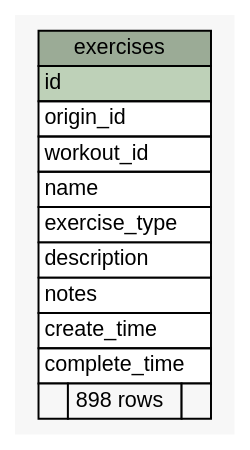
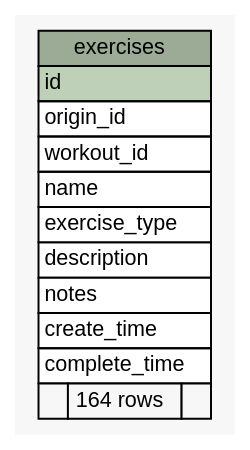
Before and after one commit to btv/DED_backend: the diagram in dbDocs/diagrams/summary/exercises.1degree.dot, drawn with Graphviz. The commit also changed 32 other files, not shown here.

```diff
--- a/dbDocs/diagrams/summary/exercises.1degree.dot
+++ b/dbDocs/diagrams/summary/exercises.1degree.dot
@@ -1,38 +1,38 @@
 // dot 2.42.3 on Mac OS X 10.15.4
 // SchemaSpy rev 590
 digraph "exercises" {
   graph [
     rankdir="RL"
     bgcolor="#f7f7f7"
     nodesep="0.18"
     ranksep="0.46"
     fontname="Helvetica"
     fontsize="11"
   ];
   node [
     fontname="Helvetica"
     fontsize="11"
     shape="plaintext"
   ];
   edge [
     arrowsize="0.8"
   ];
   "exercises" [
     label=<
     <TABLE BORDER="0" CELLBORDER="1" CELLSPACING="0" BGCOLOR="#ffffff">
       <TR><TD COLSPAN="3" BGCOLOR="#9bab96" ALIGN="CENTER">exercises</TD></TR>
       <TR><TD PORT="id" COLSPAN="3" BGCOLOR="#bed1b8" ALIGN="LEFT">id</TD></TR>
       <TR><TD PORT="origin_id" COLSPAN="3" ALIGN="LEFT">origin_id</TD></TR>
       <TR><TD PORT="workout_id" COLSPAN="3" ALIGN="LEFT">workout_id</TD></TR>
       <TR><TD PORT="name" COLSPAN="3" ALIGN="LEFT">name</TD></TR>
       <TR><TD PORT="exercise_type" COLSPAN="3" ALIGN="LEFT">exercise_type</TD></TR>
       <TR><TD PORT="description" COLSPAN="3" ALIGN="LEFT">description</TD></TR>
       <TR><TD PORT="notes" COLSPAN="3" ALIGN="LEFT">notes</TD></TR>
       <TR><TD PORT="create_time" COLSPAN="3" ALIGN="LEFT">create_time</TD></TR>
       <TR><TD PORT="complete_time" COLSPAN="3" ALIGN="LEFT">complete_time</TD></TR>
-      <TR><TD ALIGN="LEFT" BGCOLOR="#f7f7f7">  </TD><TD ALIGN="RIGHT" BGCOLOR="#f7f7f7">898 rows</TD><TD ALIGN="RIGHT" BGCOLOR="#f7f7f7">  </TD></TR>
+      <TR><TD ALIGN="LEFT" BGCOLOR="#f7f7f7">  </TD><TD ALIGN="RIGHT" BGCOLOR="#f7f7f7">164 rows</TD><TD ALIGN="RIGHT" BGCOLOR="#f7f7f7">  </TD></TR>
     </TABLE>>
     URL="tables/exercises.html"
     tooltip="exercises"
   ];
 }
```
